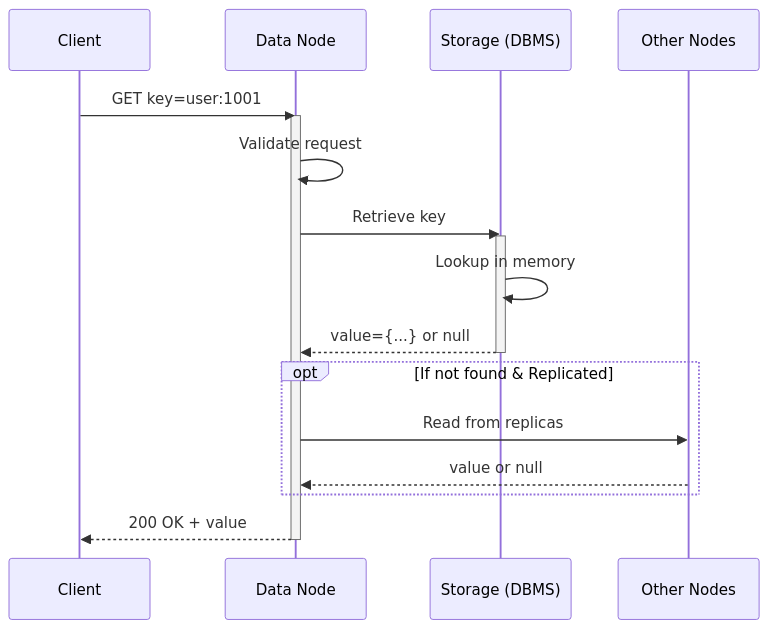
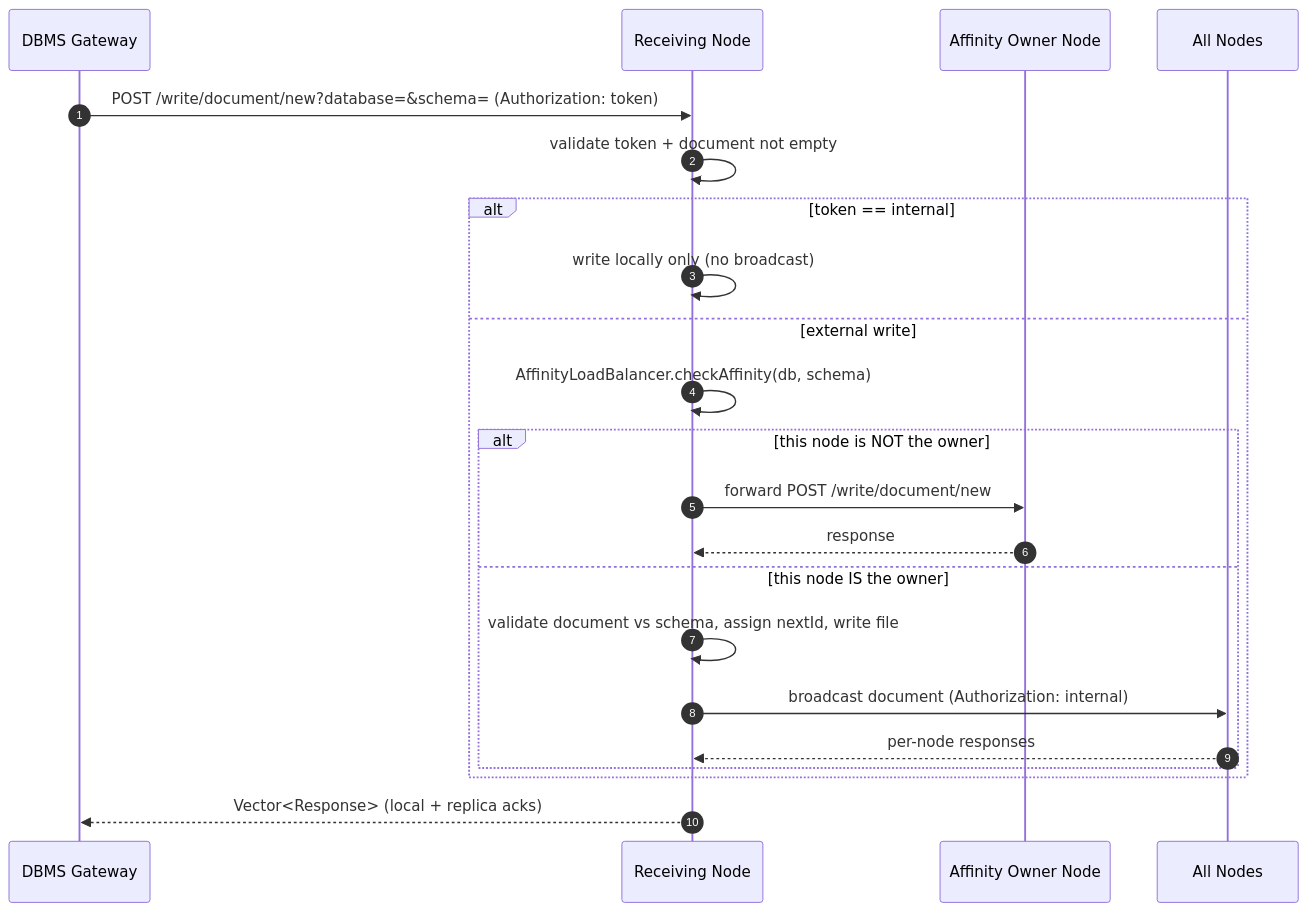
Before and after one commit to MahmoudHaifawi/NoSQL-Database: the fourth of 6 diagrams in README.md, drawn with Mermaid. The commit also changed other lines of this file, not shown here.

````diff
--- a/README.md
+++ b/README.md
@@ -101,24 +192,26 @@
 ```mermaid
 sequenceDiagram
-    participant Client
-    participant Node as Data Node
-    participant DBMS as Storage (DBMS)
-    participant Peers as Other Nodes
+    autonumber
+    participant DBMS as DBMS Gateway
+    participant Nx as Receiving Node
+    participant Owner as Affinity Owner Node
+    participant Peers as All Nodes
 
-    Client->>Node: GET key=user:1001
-    activate Node
-    Node->>Node: Validate request
-    Node->>DBMS: Retrieve key
-    activate DBMS
-    DBMS->>DBMS: Lookup in memory
-    DBMS-->>Node: value={...} or null
-    deactivate DBMS
-    
-    opt If not found & Replicated
-        Node->>Peers: Read from replicas
-        Peers-->>Node: value or null
+    DBMS->>Nx: POST /write/document/new?database=&schema= (Authorization: token)
+    Nx->>Nx: validate token + document not empty
+
+    alt token == internal
+        Nx->>Nx: write locally only (no broadcast)
+    else external write
+        Nx->>Nx: AffinityLoadBalancer.checkAffinity(db, schema)
+        alt this node is NOT the owner
+            Nx->>Owner: forward POST /write/document/new
+            Owner-->>Nx: response
+        else this node IS the owner
+            Nx->>Nx: validate document vs schema, assign nextId, write file
+            Nx->>Peers: broadcast document (Authorization: internal)
+            Peers-->>Nx: per-node responses
+        end
     end
-    
-    Node-->>Client: 200 OK + value
-    deactivate Node
+    Nx-->>DBMS: Vector<Response> (local + replica acks)
 ```
````
